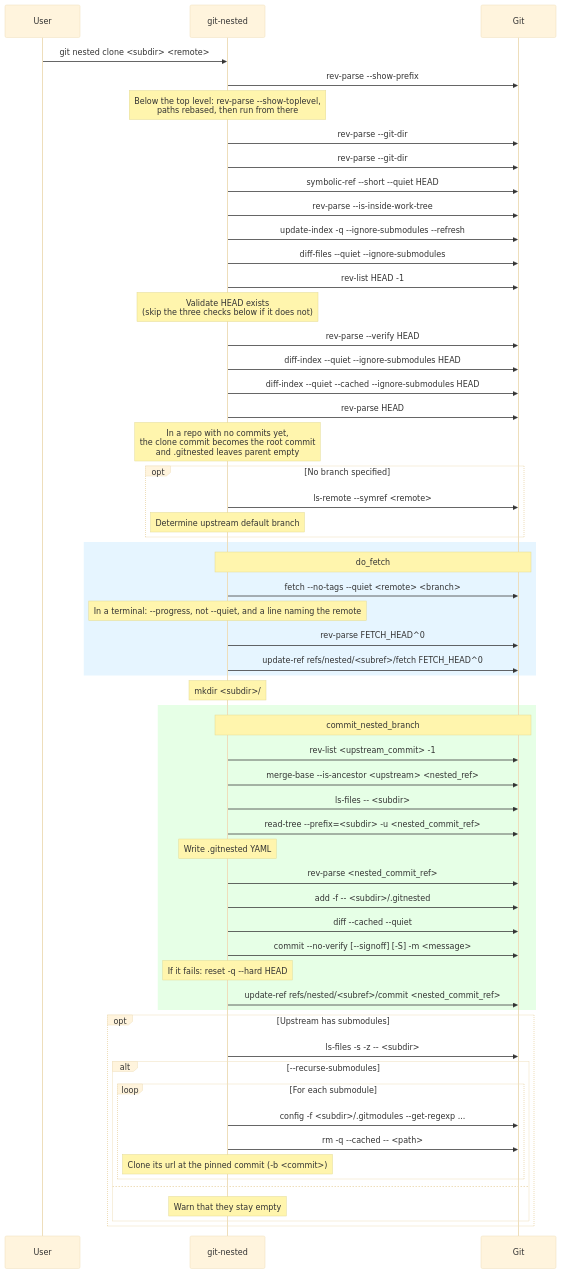
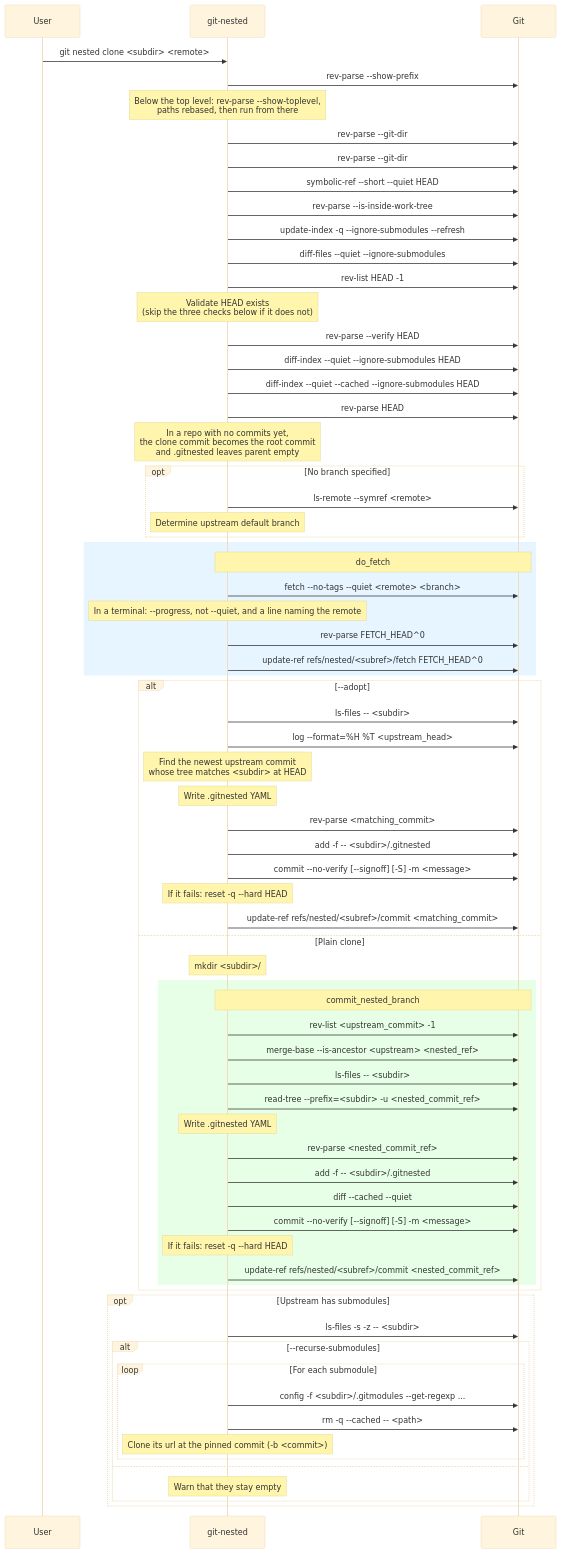
Before and after one commit to thorsten-klein/git-nested: the first of 14 diagrams in docs/diagrams.md, drawn with Mermaid (base theme). The commit also changed other lines of this file and 12 other files, not shown here.

First line of the commit message:
feat: add `clone --adopt` and `init --commit` (#147)

````diff
--- a/docs/diagrams.md
+++ b/docs/diagrams.md
@@ -9,66 +9,78 @@
 ```mermaid
 sequenceDiagram
     participant User
     participant git-nested
     participant Git
 
     User->>git-nested: git nested clone <subdir> <remote>
     git-nested->>Git: rev-parse --show-prefix
     Note over git-nested: Below the top level: rev-parse --show-toplevel,<br/>paths rebased, then run from there
     git-nested->>Git: rev-parse --git-dir
     git-nested->>Git: rev-parse --git-dir
     git-nested->>Git: symbolic-ref --short --quiet HEAD
     git-nested->>Git: rev-parse --is-inside-work-tree
     git-nested->>Git: update-index -q --ignore-submodules --refresh
     git-nested->>Git: diff-files --quiet --ignore-submodules
     git-nested->>Git: rev-list HEAD -1
     Note over git-nested: Validate HEAD exists<br/>(skip the three checks below if it does not)
     git-nested->>Git: rev-parse --verify HEAD
     git-nested->>Git: diff-index --quiet --ignore-submodules HEAD
     git-nested->>Git: diff-index --quiet --cached --ignore-submodules HEAD
     git-nested->>Git: rev-parse HEAD
     Note over git-nested: In a repo with no commits yet,<br/>the clone commit becomes the root commit<br/>and .gitnested leaves parent empty
 
     opt No branch specified
         git-nested->>Git: ls-remote --symref <remote>
         Note over git-nested: Determine upstream default branch
     end
 
     rect rgb(230, 245, 255)
         Note over git-nested,Git: do_fetch
         git-nested->>Git: fetch --no-tags --quiet <remote> <branch>
         Note over git-nested: In a terminal: --progress, not --quiet, and a line naming the remote
         git-nested->>Git: rev-parse FETCH_HEAD^0
         git-nested->>Git: update-ref refs/nested/<subref>/fetch FETCH_HEAD^0
     end
 
-    Note over git-nested: mkdir <subdir>/
-
-    rect rgb(230, 255, 230)
-        Note over git-nested,Git: commit_nested_branch
-        git-nested->>Git: rev-list <upstream_commit> -1
-        git-nested->>Git: merge-base --is-ancestor <upstream> <nested_ref>
+    alt --adopt
         git-nested->>Git: ls-files -- <subdir>
-        git-nested->>Git: read-tree --prefix=<subdir> -u <nested_commit_ref>
+        git-nested->>Git: log --format=%H %T <upstream_head>
+        Note over git-nested: Find the newest upstream commit<br/>whose tree matches <subdir> at HEAD
         Note over git-nested: Write .gitnested YAML
-        git-nested->>Git: rev-parse <nested_commit_ref>
+        git-nested->>Git: rev-parse <matching_commit>
         git-nested->>Git: add -f -- <subdir>/.gitnested
-        git-nested->>Git: diff --cached --quiet
         git-nested->>Git: commit --no-verify [--signoff] [-S] -m <message>
         Note over git-nested: If it fails: reset -q --hard HEAD
-        git-nested->>Git: update-ref refs/nested/<subref>/commit <nested_commit_ref>
+        git-nested->>Git: update-ref refs/nested/<subref>/commit <matching_commit>
+    else Plain clone
+        Note over git-nested: mkdir <subdir>/
+
+        rect rgb(230, 255, 230)
+            Note over git-nested,Git: commit_nested_branch
+            git-nested->>Git: rev-list <upstream_commit> -1
+            git-nested->>Git: merge-base --is-ancestor <upstream> <nested_ref>
+            git-nested->>Git: ls-files -- <subdir>
+            git-nested->>Git: read-tree --prefix=<subdir> -u <nested_commit_ref>
+            Note over git-nested: Write .gitnested YAML
+            git-nested->>Git: rev-parse <nested_commit_ref>
+            git-nested->>Git: add -f -- <subdir>/.gitnested
+            git-nested->>Git: diff --cached --quiet
+            git-nested->>Git: commit --no-verify [--signoff] [-S] -m <message>
+            Note over git-nested: If it fails: reset -q --hard HEAD
+            git-nested->>Git: update-ref refs/nested/<subref>/commit <nested_commit_ref>
+        end
     end
 
     opt Upstream has submodules
         git-nested->>Git: ls-files -s -z -- <subdir>
         alt --recurse-submodules
             loop For each submodule
                 git-nested->>Git: config -f <subdir>/.gitmodules --get-regexp ...
                 git-nested->>Git: rm -q --cached -- <path>
                 Note over git-nested: Clone its url at the pinned commit (-b <commit>)
             end
         else
             Note over git-nested: Warn that they stay empty
         end
     end
 ```
````
